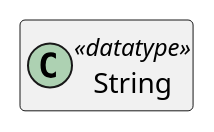
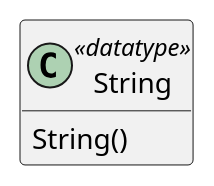
One commit to sandflow/otio-core-specification changed diagram 27 of 32 in src/main/md/otio-core.md. Above: the diagram before and after it, drawn with PlantUML. The commit also changed other lines of this file and 11 other files, not shown here.

Commit message:
Updated schema per test material

````diff
--- a/src/main/md/otio-core.md
+++ b/src/main/md/otio-core.md
@@ -1558,9 +1646,11 @@
 ```puml
 @startuml
 hide empty members
 skinparam classAttributeIconSize 0
 
-class String <<datatype>>
+class String <<datatype>> {
+  String()
+}
 
 @enduml
 ```
````
